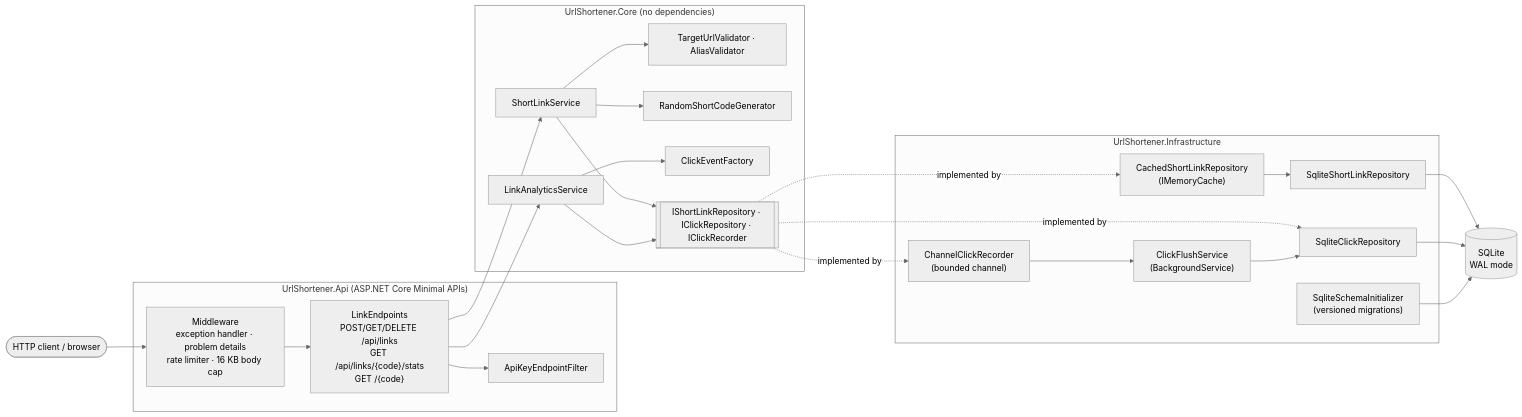
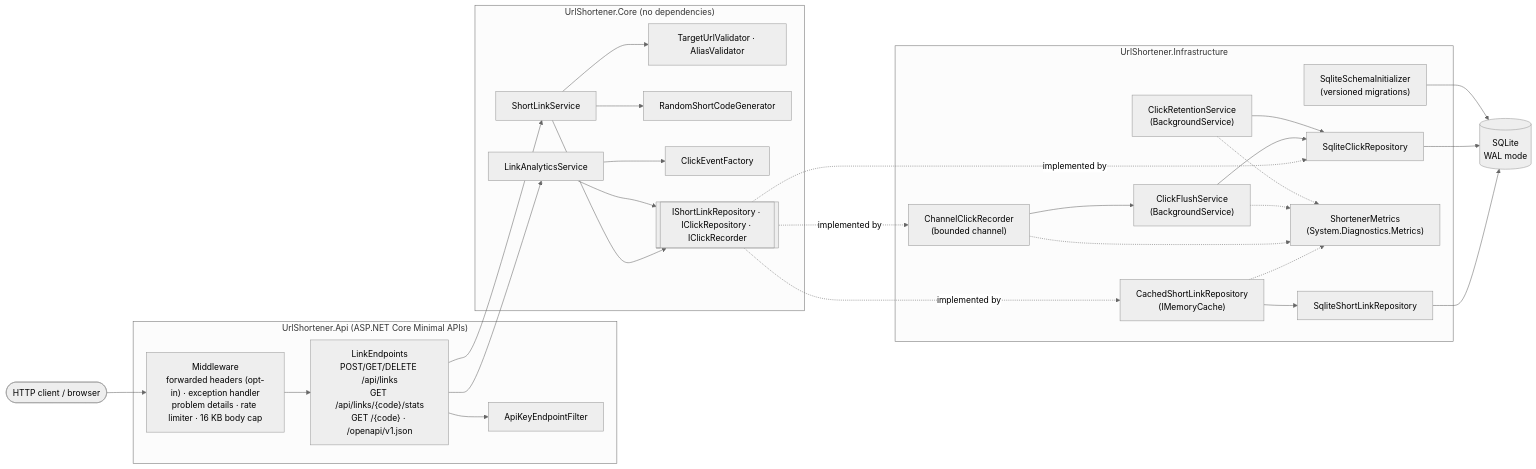
One commit to mattlee173/URL-Shortener changed the first of 3 diagrams in docs/ARCHITECTURE.md. Above: the diagram before and after it, drawn with Mermaid (neutral theme). The commit also changed other lines of this file and 8 other files, not shown here.

````diff
--- a/docs/ARCHITECTURE.md
+++ b/docs/ARCHITECTURE.md
@@ -5,42 +5,46 @@
 ```mermaid
 flowchart LR
     Client([HTTP client / browser])
 
     subgraph Api["UrlShortener.Api (ASP.NET Core Minimal APIs)"]
-        MW["Middleware<br/>exception handler · problem details<br/>rate limiter · 16 KB body cap"]
-        EP["LinkEndpoints<br/>POST/GET/DELETE /api/links<br/>GET /api/links/{code}/stats<br/>GET /{code}"]
+        MW["Middleware<br/>forwarded headers (opt-in) · exception handler<br/>problem details · rate limiter · 16 KB body cap"]
+        EP["LinkEndpoints<br/>POST/GET/DELETE /api/links<br/>GET /api/links/{code}/stats<br/>GET /{code} · /openapi/v1.json"]
         KEY["ApiKeyEndpointFilter"]
     end
 
     subgraph Core["UrlShortener.Core (no dependencies)"]
         SVC["ShortLinkService"]
         ANA["LinkAnalyticsService"]
         VAL["TargetUrlValidator · AliasValidator"]
         GEN["RandomShortCodeGenerator"]
         CEF["ClickEventFactory"]
         ABS[["IShortLinkRepository · IClickRepository · IClickRecorder"]]
     end
 
     subgraph Infra["UrlShortener.Infrastructure"]
         CACHE["CachedShortLinkRepository<br/>(IMemoryCache)"]
         LREPO["SqliteShortLinkRepository"]
         CREPO["SqliteClickRepository"]
         CHAN["ChannelClickRecorder<br/>(bounded channel)"]
         FLUSH["ClickFlushService<br/>(BackgroundService)"]
+        RET["ClickRetentionService<br/>(BackgroundService)"]
+        MET["ShortenerMetrics<br/>(System.Diagnostics.Metrics)"]
         MIG["SqliteSchemaInitializer<br/>(versioned migrations)"]
     end
 
     DB[(SQLite<br/>WAL mode)]
 
     Client --> MW --> EP
     EP --> KEY
     EP --> SVC & ANA
     SVC --> VAL & GEN
     ANA --> CEF
     SVC --> ABS
     ANA --> ABS
     ABS -.implemented by.-> CACHE & CREPO & CHAN
     CACHE --> LREPO --> DB
     CHAN --> FLUSH --> CREPO --> DB
+    RET --> CREPO
+    CACHE & CHAN & FLUSH & RET -.-> MET
     MIG --> DB
 ```
````
